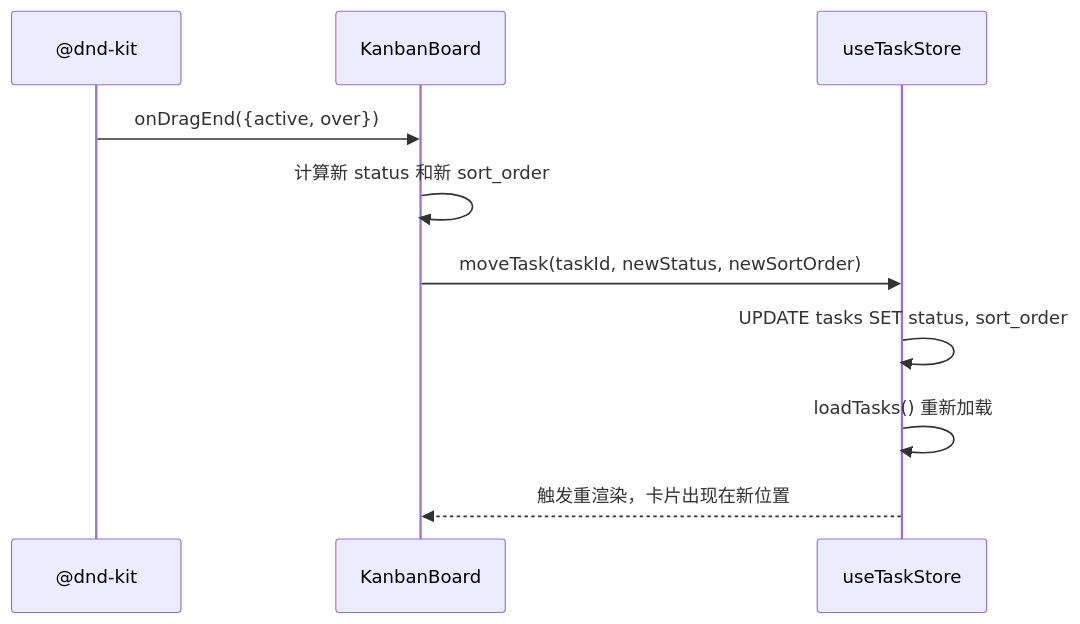
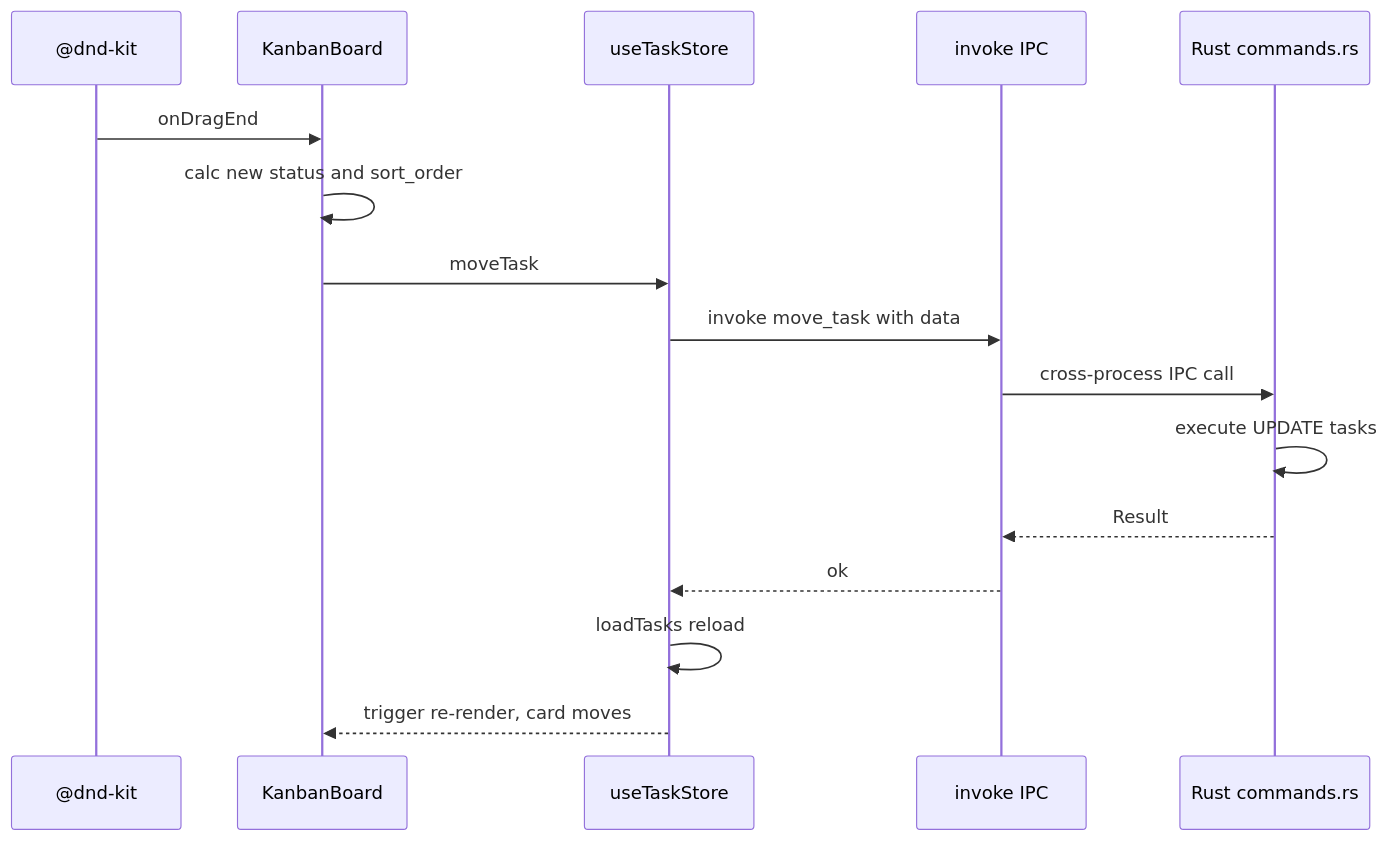
The ninth of 12 diagrams in docs/ARCHITECTURE.md (kindywu/task-manager), drawn with Mermaid before and after one commit. The commit also changed other lines of this file and 1 other file, not shown here.

````diff
--- a/docs/ARCHITECTURE.md
+++ b/docs/ARCHITECTURE.md
@@ -903,13 +968,19 @@
 ```mermaid
 sequenceDiagram
     participant DND as @dnd-kit
     participant BOARD as KanbanBoard
     participant STORE as useTaskStore
+    participant INVOKE as invoke IPC
+    participant RUST as Rust commands.rs
 
-    DND->>BOARD: onDragEnd({active, over})
-    BOARD->>BOARD: 计算新 status 和新 sort_order
-    BOARD->>STORE: moveTask(taskId, newStatus, newSortOrder)
-    STORE->>STORE: UPDATE tasks SET status, sort_order
-    STORE->>STORE: loadTasks() 重新加载
-    STORE-->>BOARD: 触发重渲染，卡片出现在新位置
+    DND->>BOARD: onDragEnd
+    BOARD->>BOARD: calc new status and sort_order
+    BOARD->>STORE: moveTask
+    STORE->>INVOKE: invoke move_task with data
+    INVOKE->>RUST: cross-process IPC call
+    RUST->>RUST: execute UPDATE tasks
+    RUST-->>INVOKE: Result
+    INVOKE-->>STORE: ok
+    STORE->>STORE: loadTasks reload
+    STORE-->>BOARD: trigger re-render, card moves
 ```
````
